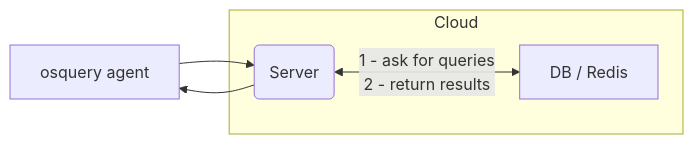
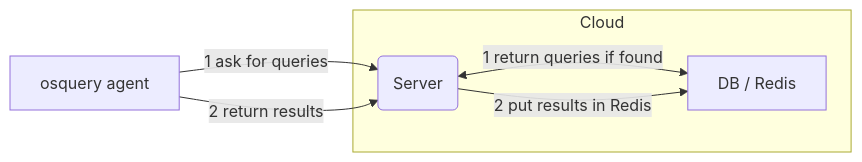
The third of 3 diagrams in docs/Contributing/high-level-architecture.md (fleetdm/fleet), drawn with Mermaid before and after one commit.

````diff
--- a/docs/Contributing/high-level-architecture.md
+++ b/docs/Contributing/high-level-architecture.md
@@ -90,16 +90,16 @@
 ```mermaid
 graph LR;
     osquery[osquery agent];
 
     subgraph Cloud
         server(Server);
         dbredis[DB / Redis];
     end
 
-    osquery --> server;
-    server --> osquery;
+    osquery -- 1 ask for queries --> server;
+    osquery -- 2 return results --> server;
 
-    server <-- 1 - ask for queries<br>2 - return results --> dbredis;
-
+    server <-- 1 return queries if found --> dbredis;
+    server -- 2 put results in Redis --> dbredis;
 
 ```
````
